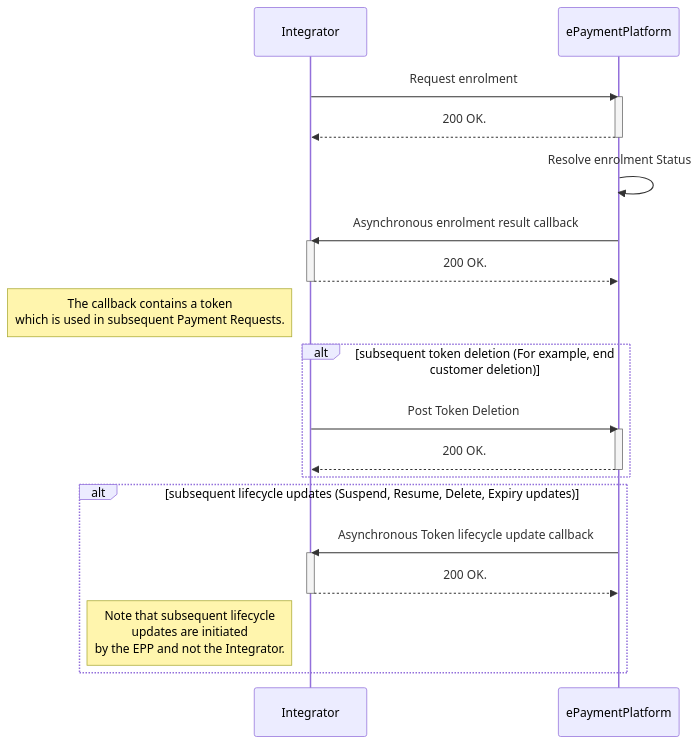
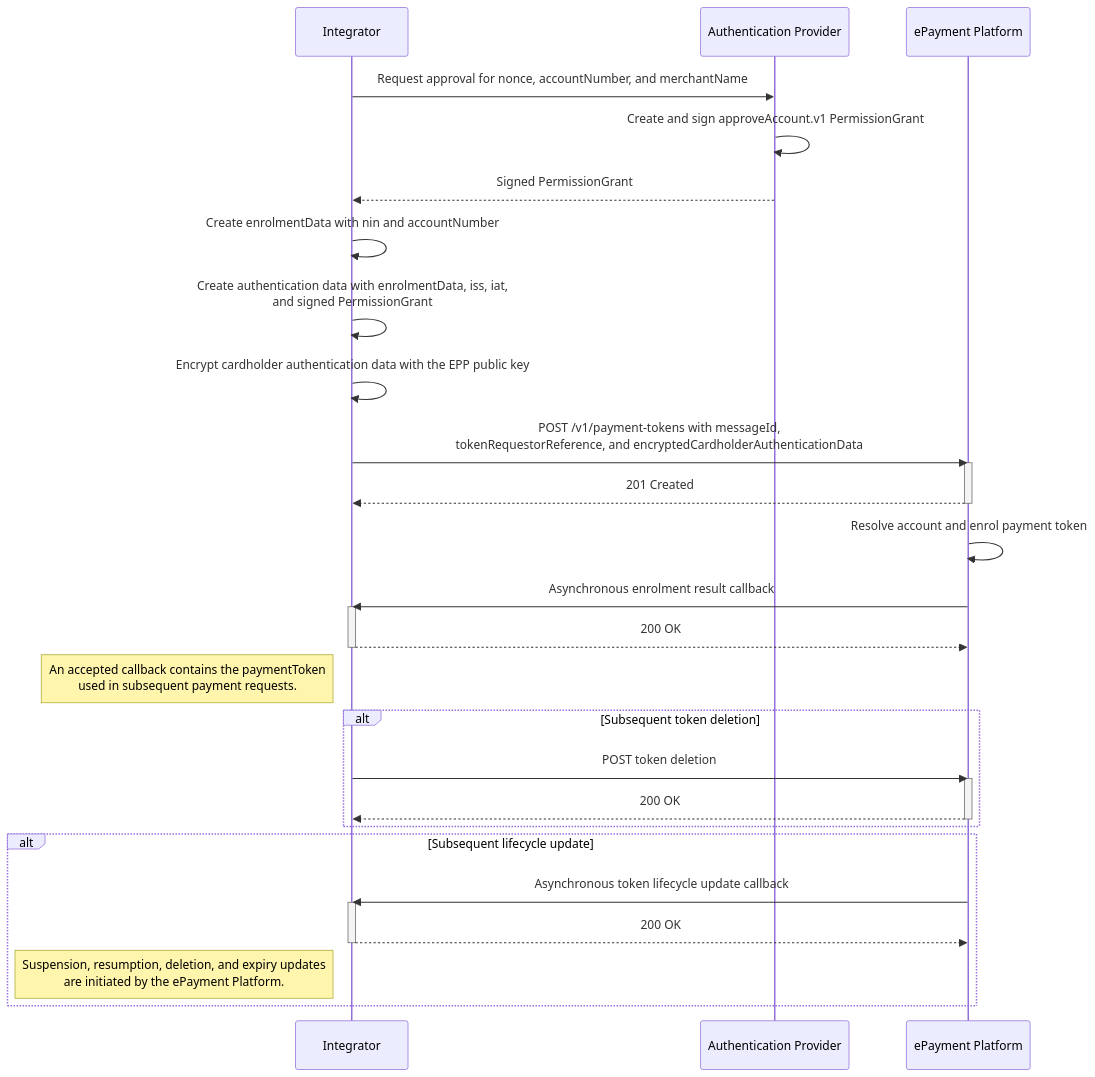
One commit to BankAxept/bankaxept-epayment-development-kit changed the first of 3 diagrams in docs/enrolment_and_payment.md. Above: the diagram before and after it, drawn with Mermaid. The commit also changed other lines of this file and 7 other files, not shown here.

Commit message:
feat(enrolment): add support for network token enrolment (#320)

````diff
--- a/docs/enrolment_and_payment.md
+++ b/docs/enrolment_and_payment.md
@@ -49,33 +49,41 @@
 ```mermaid
 sequenceDiagram
     participant Integrator
-    participant ePaymentPlatform
-    Integrator ->> ePaymentPlatform: Request enrolment
-    activate ePaymentPlatform
-    ePaymentPlatform -->> Integrator: 200 OK.
-    deactivate ePaymentPlatform
-    ePaymentPlatform ->> ePaymentPlatform: Resolve enrolment Status
-    ePaymentPlatform ->> Integrator: Asynchronous enrolment result callback
+    participant AuthenticationProvider as Authentication Provider
+    participant EPP as ePayment Platform
+
+    Integrator ->> AuthenticationProvider: Request approval for nonce, accountNumber, and merchantName
+    AuthenticationProvider ->> AuthenticationProvider: Create and sign approveAccount.v1 PermissionGrant
+    AuthenticationProvider -->> Integrator: Signed PermissionGrant
+    Integrator ->> Integrator: Create enrolmentData with nin and accountNumber
+    Integrator ->> Integrator: Create authentication data with enrolmentData, iss, iat,<br/>and signed PermissionGrant
+    Integrator ->> Integrator: Encrypt cardholder authentication data with the EPP public key
+    Integrator ->> EPP: POST /v1/payment-tokens with messageId,<br/>tokenRequestorReference, and encryptedCardholderAuthenticationData
+    activate EPP
+    EPP -->> Integrator: 201 Created
+    deactivate EPP
+    EPP ->> EPP: Resolve account and enrol payment token
+    EPP ->> Integrator: Asynchronous enrolment result callback
     activate Integrator
-    Integrator -->> ePaymentPlatform: 200 OK.
+    Integrator -->> EPP: 200 OK
     deactivate Integrator
-    note left of Integrator: The callback contains a token <br/> which is used in subsequent Payment Requests.
+    note left of Integrator: An accepted callback contains the paymentToken<br/>used in subsequent payment requests.
 
-    alt subsequent token deletion (For example, end customer deletion)
-        Integrator ->> ePaymentPlatform: Post Token Deletion
-        activate ePaymentPlatform
-        ePaymentPlatform -->> Integrator: 200 OK.
-        deactivate ePaymentPlatform
+    alt Subsequent token deletion
+        Integrator ->> EPP: POST token deletion
+        activate EPP
+        EPP -->> Integrator: 200 OK
+        deactivate EPP
 
     end
 
-    alt subsequent lifecycle updates (Suspend, Resume, Delete, Expiry updates)
-        ePaymentPlatform ->> Integrator: Asynchronous Token lifecycle update callback
+    alt Subsequent lifecycle update
+        EPP ->> Integrator: Asynchronous token lifecycle update callback
         activate Integrator
-        Integrator -->> ePaymentPlatform: 200 OK.
+        Integrator -->> EPP: 200 OK
         deactivate Integrator
-        note left of Integrator: Note that subsequent lifecycle <br/> updates are initiated <br/> by the EPP and not the Integrator.
+        note left of Integrator: Suspension, resumption, deletion, and expiry updates<br/>are initiated by the ePayment Platform.
 
     end
 
 ```
````
